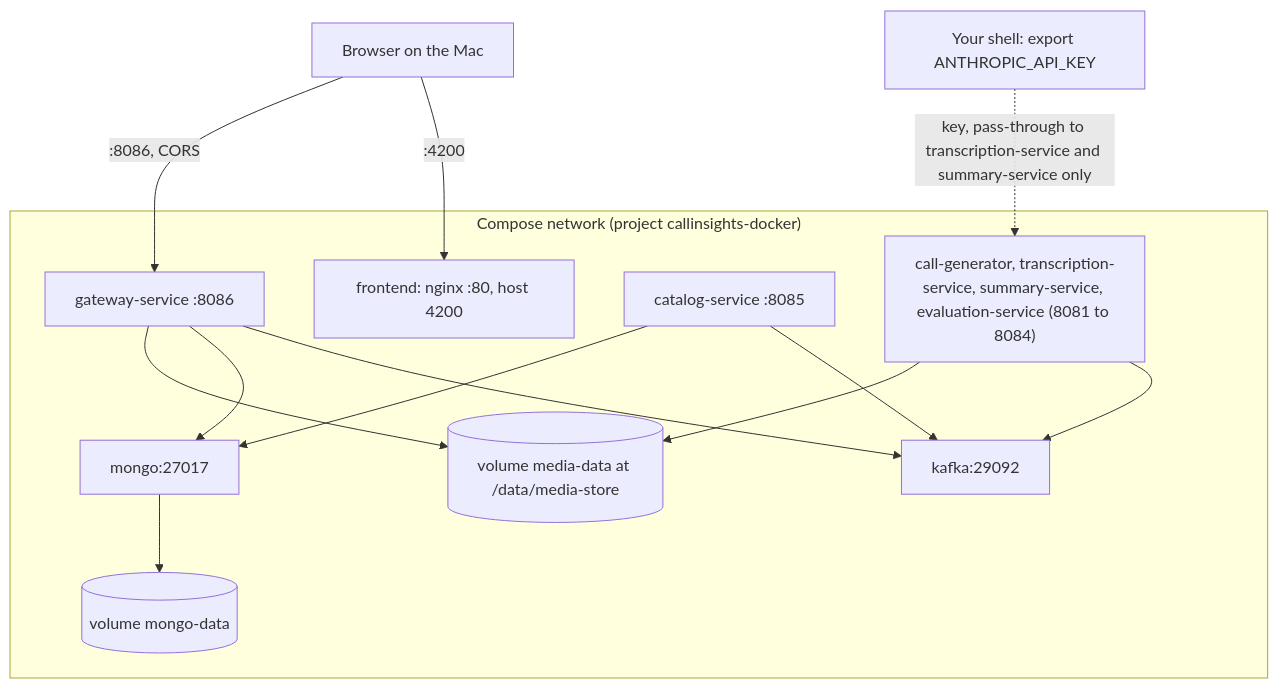
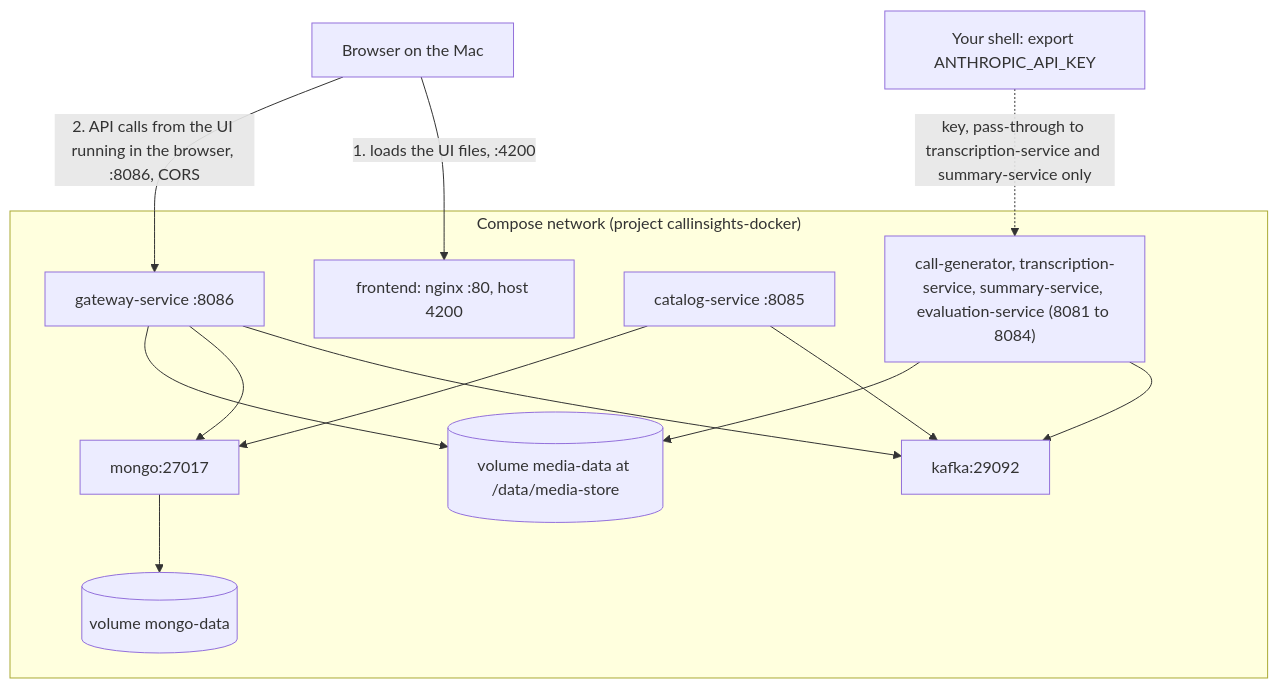
One commit to debajdutta/call-insights-pipeline changed the diagram in docs/DOCKER.md. Above: the diagram before and after it, drawn with Mermaid. The commit also changed other lines of this file, not shown here.

Commit message:
Clarify in DOCKER.md that the browser, not the frontend container, calls the gateway
Claude-Session: https://claude.ai/code/session_01YNsjg5rQenZnCPTYXZmryJ

````diff
--- a/docs/DOCKER.md
+++ b/docs/DOCKER.md
@@ -47,26 +47,26 @@
 ```mermaid
 flowchart TB
   browser["Browser on the Mac"]
   shell["Your shell: export ANTHROPIC_API_KEY"]
   subgraph net["Compose network (project callinsights-docker)"]
     fe["frontend: nginx :80, host 4200"]
     gw["gateway-service :8086"]
     cat["catalog-service :8085"]
     pipe["call-generator, transcription-service, summary-service, evaluation-service (8081 to 8084)"]
     kafka["kafka:29092"]
     mongo["mongo:27017"]
     media[("volume media-data at /data/media-store")]
     mdata[("volume mongo-data")]
   end
-  browser -->|":4200"| fe
-  browser -->|":8086, CORS"| gw
+  browser -->|"1. loads the UI files, :4200"| fe
+  browser -->|"2. API calls from the UI running in the browser, :8086, CORS"| gw
   shell -.->|"key, pass-through to transcription-service and summary-service only"| pipe
   pipe --> kafka
   cat --> kafka
   gw --> kafka
   cat --> mongo
   gw --> mongo
   pipe --> media
   gw --> media
   mongo --> mdata
 ```
````
